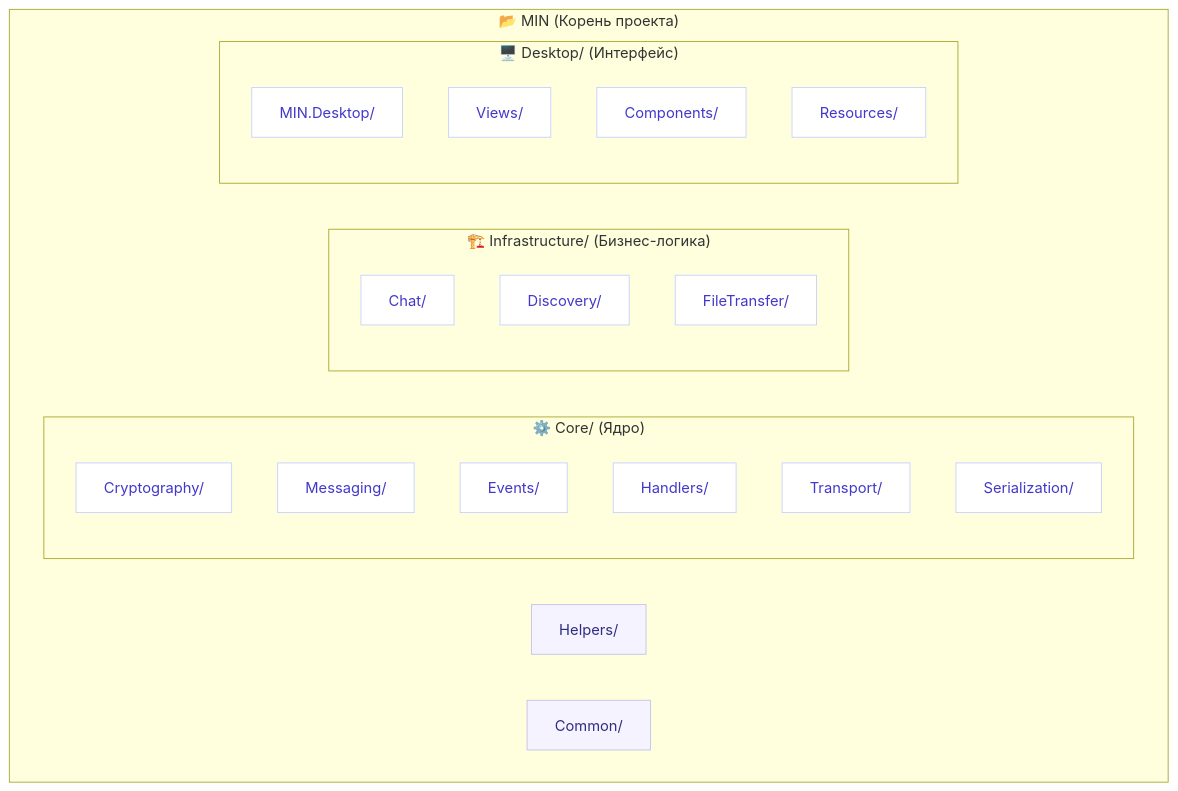
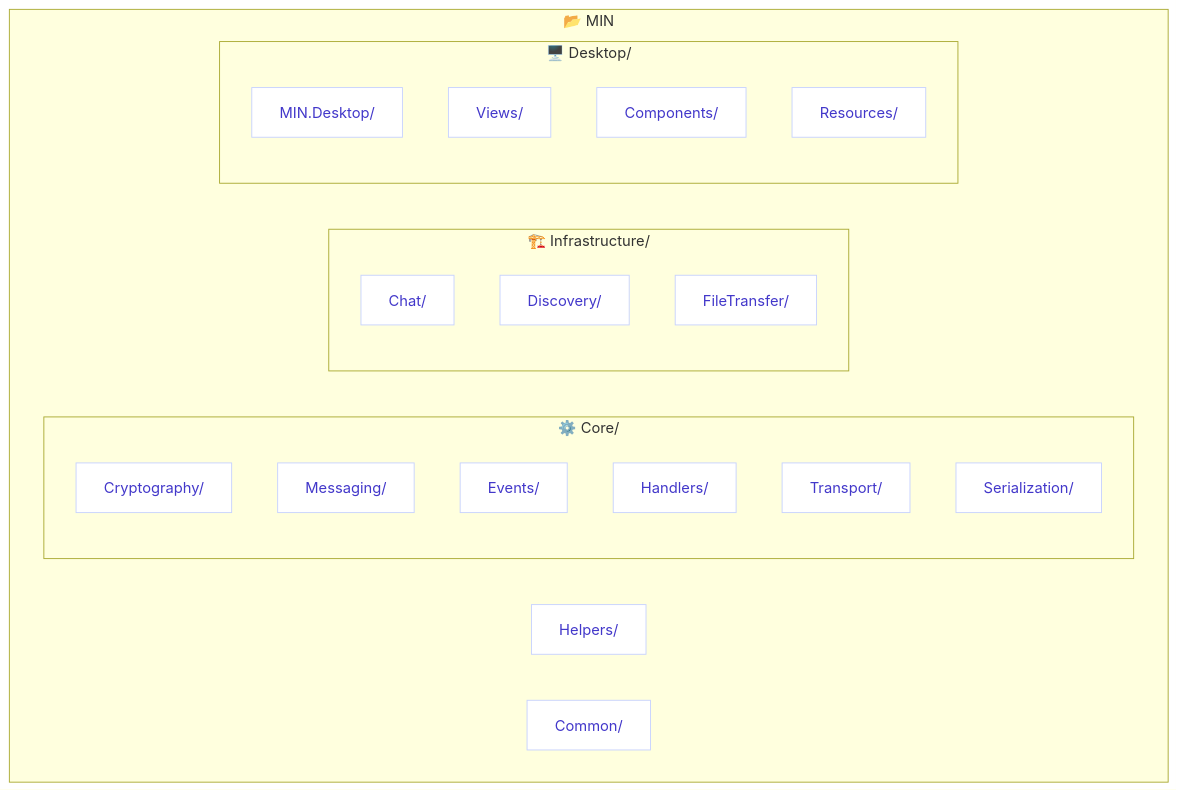
The fourth of 5 diagrams in README.md (CasCadeVR/MIN), drawn with Mermaid before and after one commit. The commit also changed other lines of this file, not shown here.

Commit message:
try fix mermaid render

````diff
--- a/README.md
+++ b/README.md
@@ -166,42 +372,39 @@
 ```mermaid
 flowchart TB
-    %% Стили слоёв
-    classDef folder fill:#f5f3ff,stroke:#c7c2ea,color:#312e81
+    classDef rootFolder fill:#fef3c7,stroke:#f59e0b,color:#92400e
     classDef coreFolder fill:#ede9fe,stroke:#7c3aed,color:#5b21b6
     classDef infraFolder fill:#e0e7ff,stroke:#4f46e5,color:#3730a3
     classDef deskFolder fill:#dbeafe,stroke:#3b82f6,color:#1e40af
+    classDef folder fill:#f5f3ff,stroke:#c7c2ea,color:#312e81
     classDef file fill:#fff,stroke:#c7d2fe,color:#4338ca
-    classDef rootFolder fill:#fef3c7,stroke:#f59e0b,color:#92400e
     
-    subgraph MIN["📂 MIN (Корень проекта)"]
+    subgraph MIN["📂 MIN"]
         class MIN rootFolder
-        subgraph CORE["⚙️ Core/ (Ядро)"]
+        subgraph CORE["⚙️ Core/"]
             class CORE coreFolder
             G["Cryptography/"]
             H["Messaging/"]
             I["Events/"]
             J["Handlers/"]
             K["Transport/"]
             L["Serialization/"]
-            class G,H,I,J,K,L file
         end
-        subgraph INF["🏗️ Infrastructure/ (Бизнес-логика)"]
+        subgraph INF["🏗️ Infrastructure/"]
             class INF infraFolder
             M["Chat/"]
             N["Discovery/"]
             O["FileTransfer/"]
-            class M,N,O file
         end
-        subgraph DESK["🖥️ Desktop/ (Интерфейс)"]
+        subgraph DESK["🖥️ Desktop/"]
             class DESK deskFolder
             P["MIN.Desktop/"]
             Q["Views/"]
             R["Components/"]
             S["Resources/"]
-            class P,Q,R,S file
         end
         T["Helpers/"]
         U["Common/"]
-        class T,U folder
     end
+    
+    class G,H,I,J,K,L,M,N,O,P,Q,R,S,T,U file
 ```
````
